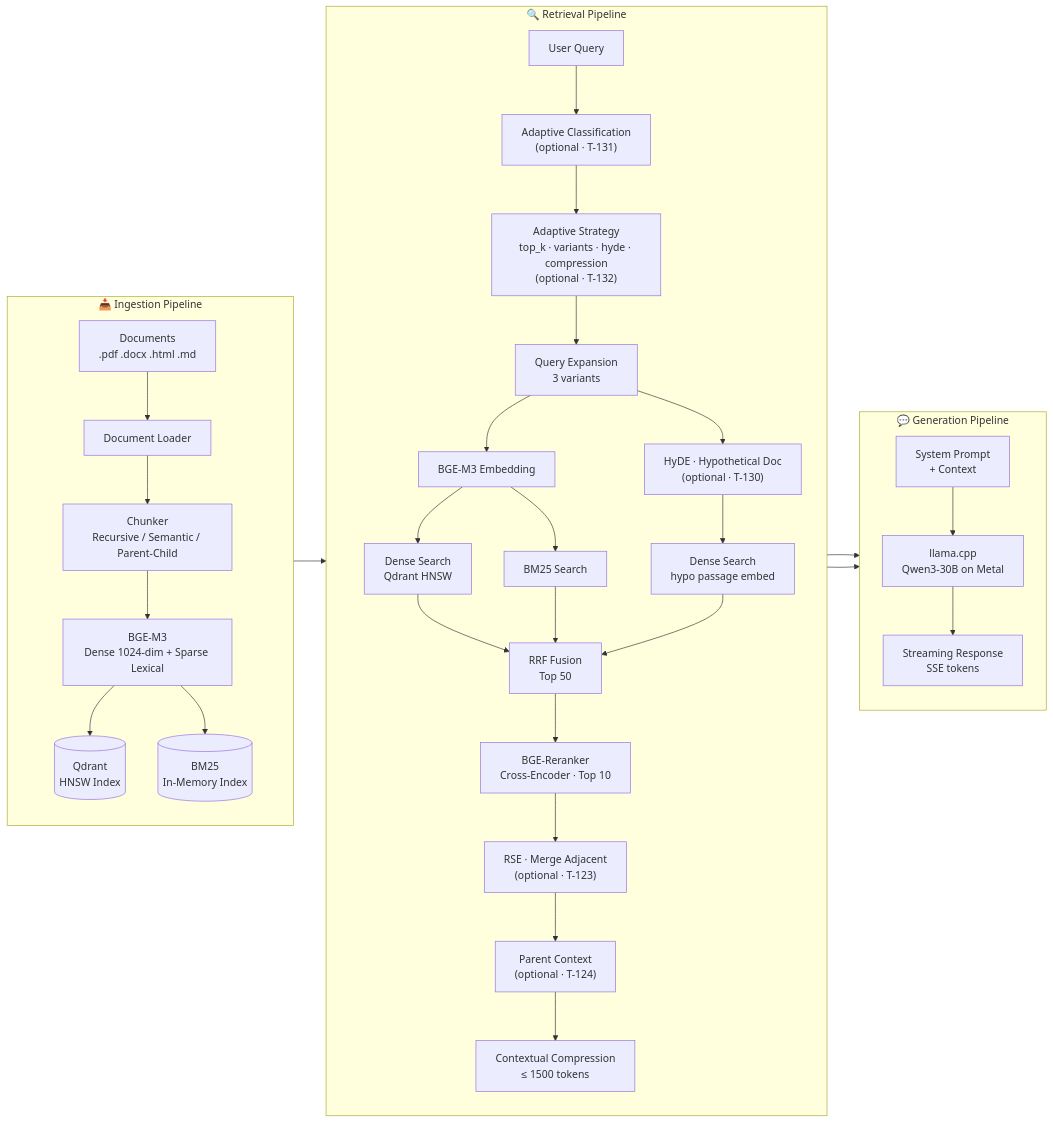
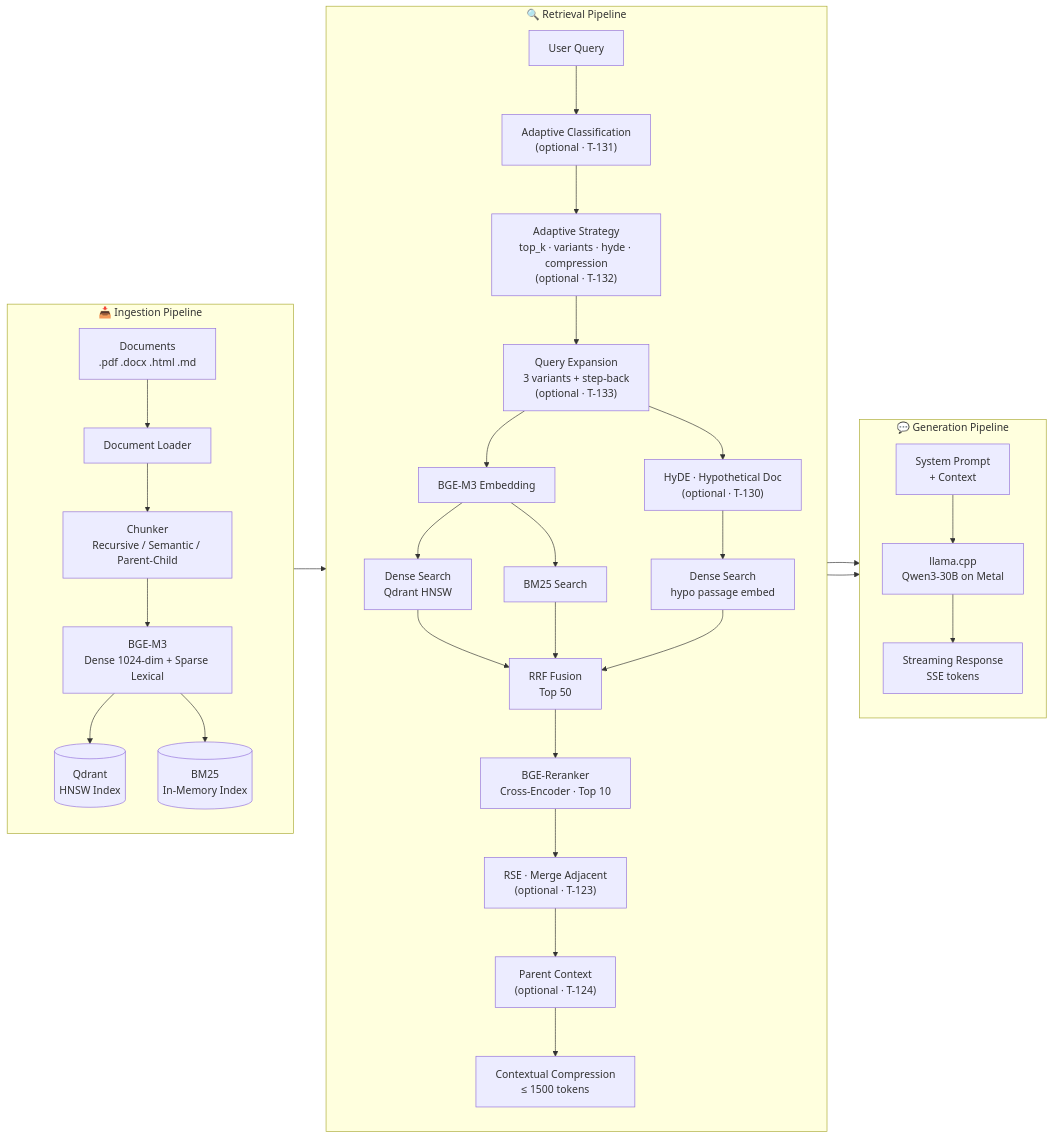
One commit to ealbertoav/rag_platform changed the first of 10 diagrams in README.md. Above: the diagram before and after it, drawn with Mermaid. The commit also changed other lines of this file and 13 other files, not shown here.

First line of the commit message:
feat: add step-back query transformation for broader background context

````diff
--- a/README.md
+++ b/README.md
@@ -44,40 +44,40 @@
 ```mermaid
 flowchart LR
     subgraph INGEST["📥 Ingestion Pipeline"]
         direction TB
         D["Documents<br/>.pdf .docx .html .md"] --> L[Document Loader]
         L --> C["Chunker<br/>Recursive / Semantic / Parent-Child"]
         C --> E["BGE-M3<br/>Dense 1024-dim + Sparse Lexical"]
         E --> Q[("Qdrant<br/>HNSW Index")]
         E --> B[("BM25<br/>In-Memory Index")]
     end
 
     subgraph RETRIEVE["🔍 Retrieval Pipeline"]
         direction TB
         QX["User Query"] --> ADAPT["Adaptive Classification<br/>(optional · T-131)"]
         ADAPT --> STRAT["Adaptive Strategy<br/>top_k · variants · hyde · compression<br/>(optional · T-132)"]
-        STRAT --> EXP["Query Expansion<br/>3 variants"]
+        STRAT --> EXP["Query Expansion<br/>3 variants + step-back<br/>(optional · T-133)"]
         EXP --> EM[BGE-M3 Embedding]
         EXP --> HYDE["HyDE · Hypothetical Doc<br/>(optional · T-130)"]
         HYDE --> DS2["Dense Search<br/>hypo passage embed"]
         EM --> DS["Dense Search<br/>Qdrant HNSW"]
         EM --> BS[BM25 Search]
         DS --> RF["RRF Fusion<br/>Top 50"]
         DS2 --> RF
         BS --> RF
         RF --> RR["BGE-Reranker<br/>Cross-Encoder · Top 10"]
         RR --> RSE["RSE · Merge Adjacent<br/>(optional · T-123)"]
         RSE --> PC["Parent Context<br/>(optional · T-124)"]
         PC --> CC["Contextual Compression<br/>≤ 1500 tokens"]
     end
 
     subgraph GENERATE["💬 Generation Pipeline"]
         direction TB
         CC --> PR["System Prompt<br/>+ Context"]
         PR --> LLM["llama.cpp<br/>Qwen3-30B on Metal"]
         LLM --> SSE["Streaming Response<br/>SSE tokens"]
     end
 
     INGEST --> RETRIEVE
     RETRIEVE --> GENERATE
 ```
````
